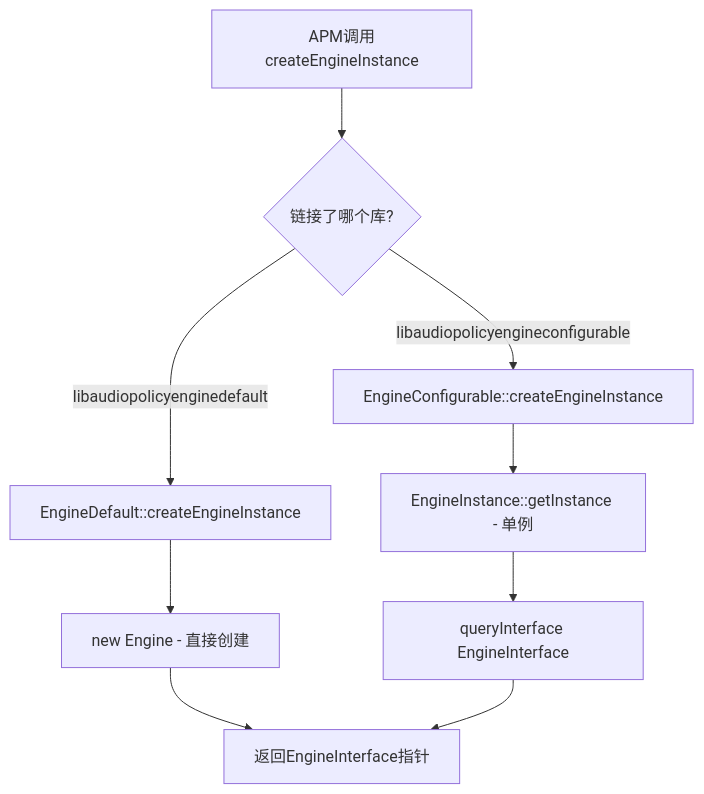
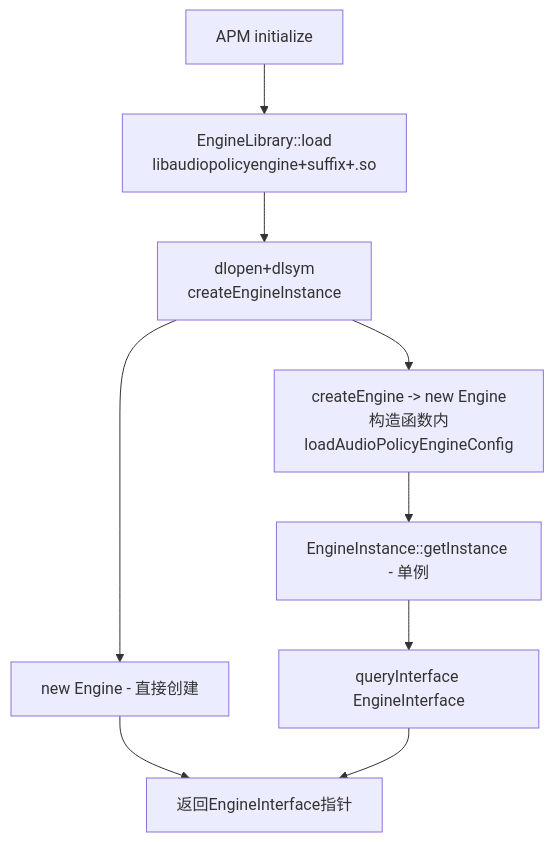
Before and after one commit to yanglinzhen1022/SA8295_AAOS_QNX_Audio_KnowledgeBase: the fifth of 6 diagrams in 06_Audio_Policy_Engine/06_6.9_EngineInterface-策略引擎接口.md, drawn with Mermaid. The commit also changed other lines of this file and 11 other files, not shown here.

````diff
--- a/06_Audio_Policy_Engine/06_6.9_EngineInterface-策略引擎接口.md
+++ b/06_Audio_Policy_Engine/06_6.9_EngineInterface-策略引擎接口.md
@@ -358,11 +351,11 @@
 ```mermaid
 flowchart TD
-    A[APM调用createEngineInstance] --> B{链接了哪个库?}
-    B -->|libaudiopolicyenginedefault| C[EngineDefault::createEngineInstance]
-    B -->|libaudiopolicyengineconfigurable| D[EngineConfigurable::createEngineInstance]
+    A[APM initialize] --> B[EngineLibrary::load<br/>libaudiopolicyengine+suffix+.so]
+    B --> C[dlopen+dlsym<br/>createEngineInstance]
+    C --> D[createEngine -> new Engine<br/>构造函数内loadAudioPolicyEngineConfig]
     C --> E[new Engine - 直接创建]
     D --> F[EngineInstance::getInstance - 单例]
     F --> G[queryInterface EngineInterface]
     E --> H[返回EngineInterface指针]
     G --> H
 ```
````
